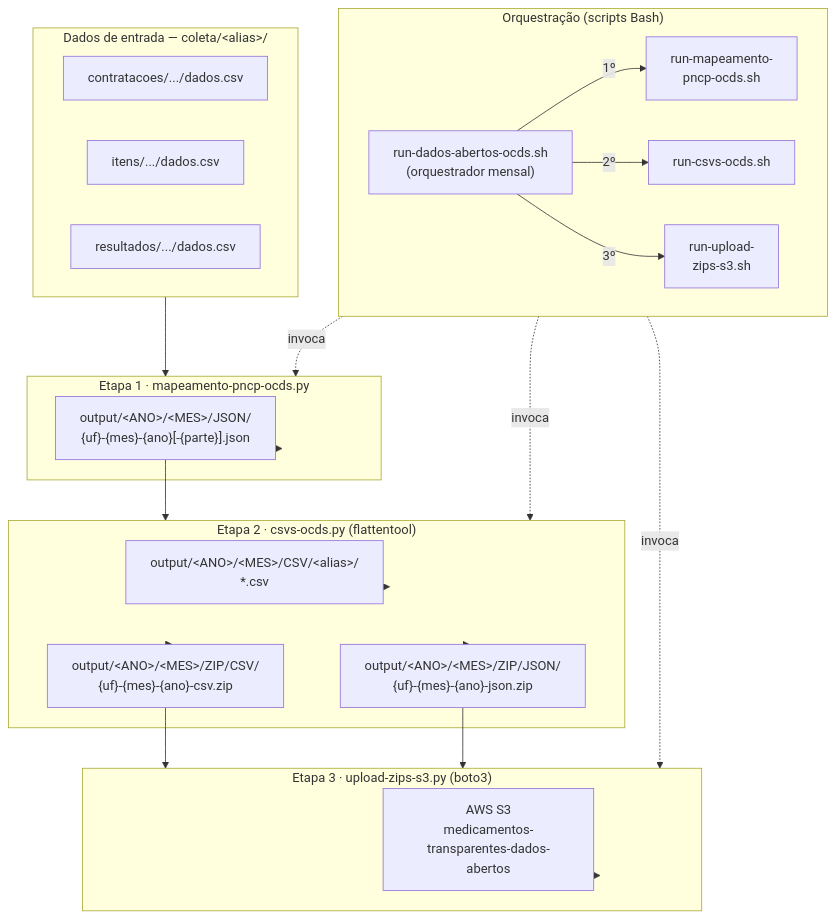
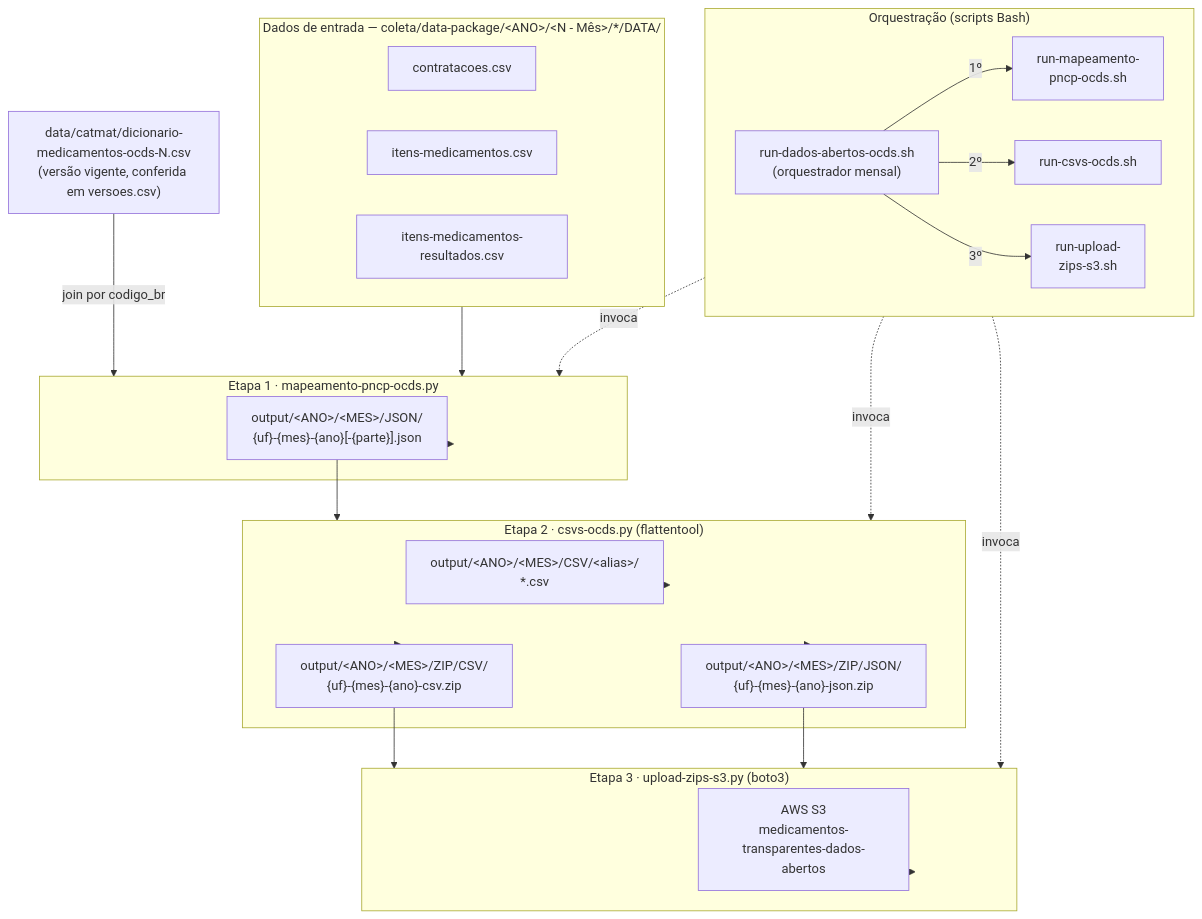
Before and after one commit to Transparencia-Brasil/cesta-de-precos-pncp: the diagram in tasks/mapeamento-ocds/README.md, drawn with Mermaid. The commit also changed other lines of this file and 3 other files, not shown here.

First line of the commit message:
feat: mapeamento OCDS usa o dicionário de medicamentos versionado em data/catmat

````diff
--- a/tasks/mapeamento-ocds/README.md
+++ b/tasks/mapeamento-ocds/README.md
@@ -7,47 +7,50 @@
 ```mermaid
 flowchart TD
-    subgraph entrada["Dados de entrada — coleta/&lt;alias&gt;/"]
-        cont["contratacoes/.../dados.csv"]
-        itens["itens/.../dados.csv"]
-        res["resultados/.../dados.csv"]
+    subgraph entrada["Dados de entrada — coleta/data-package/&lt;ANO&gt;/&lt;N - Mês&gt;/*/DATA/"]
+        cont["contratacoes.csv"]
+        itens["itens-medicamentos.csv"]
+        res["itens-medicamentos-resultados.csv"]
     end
+
+    dic["data/catmat/dicionario-medicamentos-ocds-N.csv\n(versão vigente, conferida em versoes.csv)"]
+    dic -->|"join por codigo_br"| e1
 
     subgraph e1["Etapa 1 · mapeamento-pncp-ocds.py"]
         json["output/&lt;ANO&gt;/&lt;MES&gt;/JSON/\n{uf}-{mes}-{ano}[-{parte}].json"]
     end
 
     subgraph e2["Etapa 2 · csvs-ocds.py (flattentool)"]
         csv["output/&lt;ANO&gt;/&lt;MES&gt;/CSV/&lt;alias&gt;/\n*.csv"]
         zipcsv["output/&lt;ANO&gt;/&lt;MES&gt;/ZIP/CSV/\n{uf}-{mes}-{ano}-csv.zip"]
         zipjson["output/&lt;ANO&gt;/&lt;MES&gt;/ZIP/JSON/\n{uf}-{mes}-{ano}-json.zip"]
     end
 
     subgraph e3["Etapa 3 · upload-zips-s3.py (boto3)"]
         s3["AWS S3\nmedicamentos-transparentes-dados-abertos"]
     end
 
     subgraph orch["Orquestração (scripts Bash)"]
         direction LR
         sh_orch["run-dados-abertos-ocds.sh\n(orquestrador mensal)"]
         sh1["run-mapeamento-\npncp-ocds.sh"]
         sh2["run-csvs-ocds.sh"]
         sh3["run-upload-\nzips-s3.sh"]
         sh_orch -->|"1º"| sh1
         sh_orch -->|"2º"| sh2
         sh_orch -->|"3º"| sh3
     end
 
     entrada --> e1
     e1 --> json
     json --> e2
     e2 --> csv
     e2 --> zipcsv
     e2 --> zipjson
     zipcsv --> e3
     zipjson --> e3
     e3 --> s3
 
     sh1 -.->|invoca| e1
     sh2 -.->|invoca| e2
     sh3 -.->|invoca| e3
 ```
````
